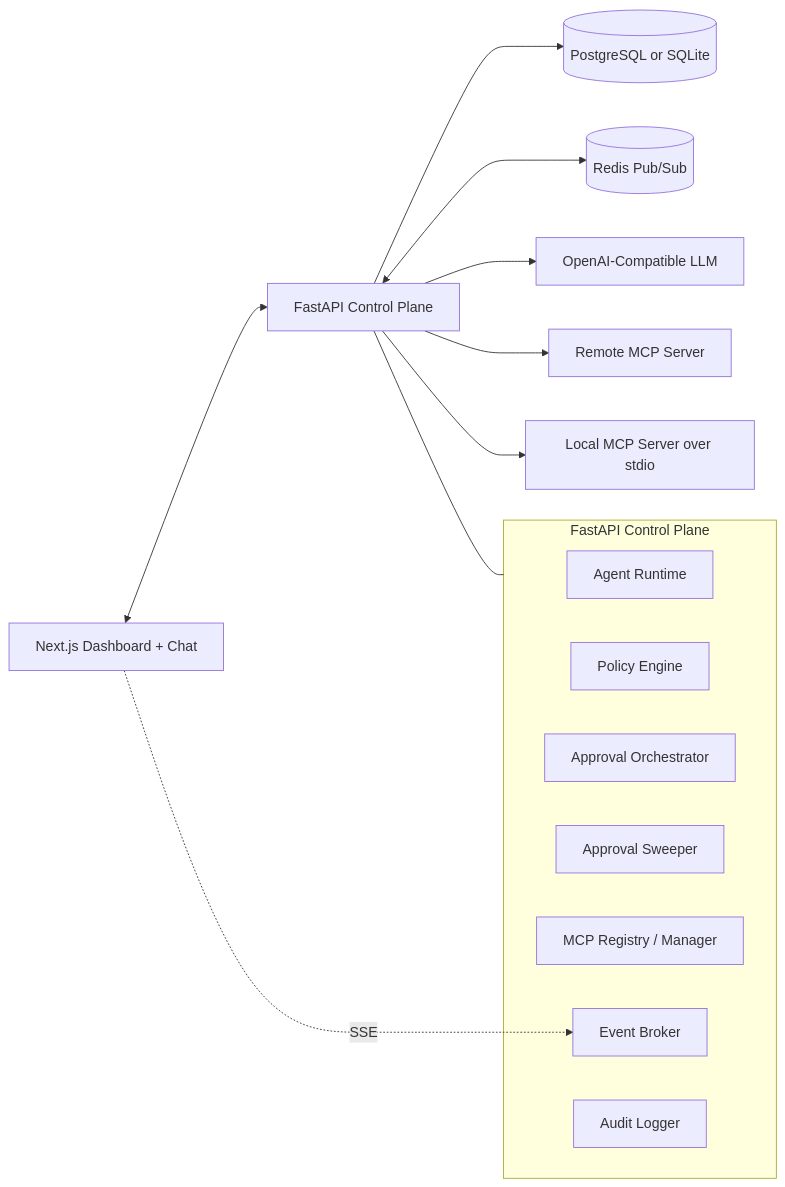
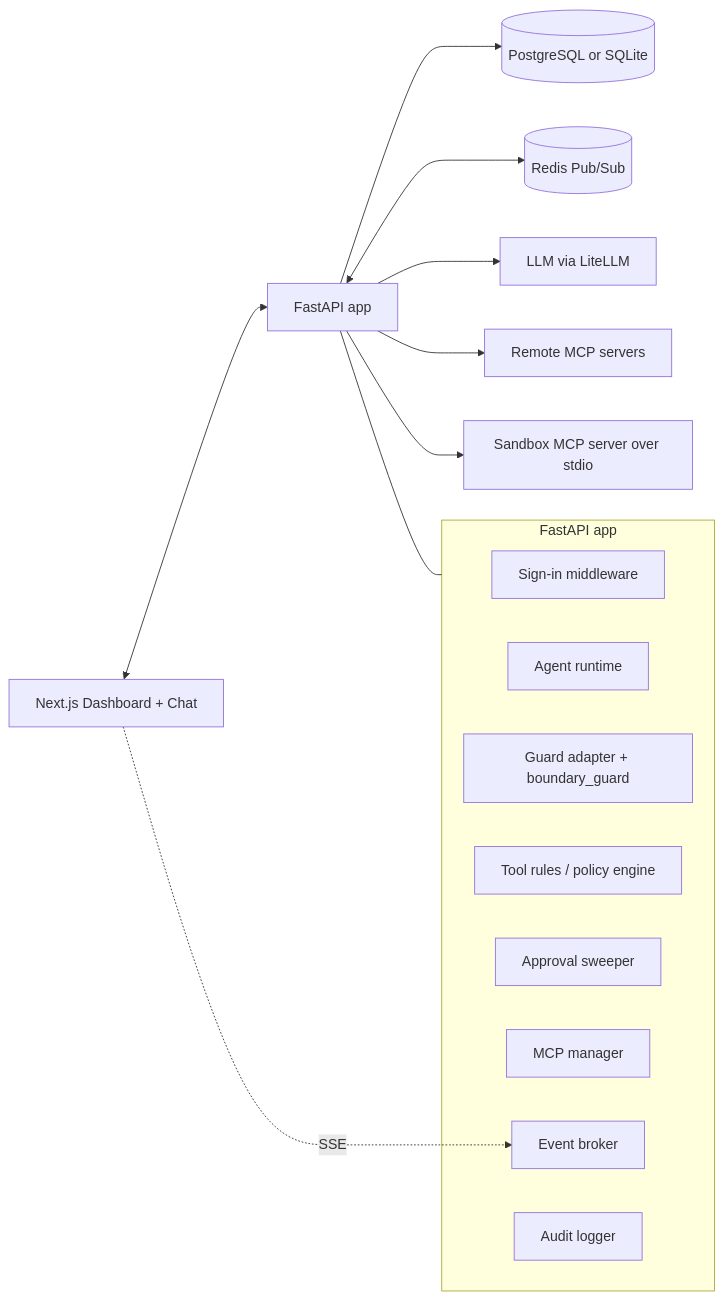
The diagram in docs/AGENT.md (neeldholiya04/boundary_ai), drawn with Mermaid before and after one commit. The commit also changed other lines of this file and 15 other files, not shown here.

````diff
--- a/docs/AGENT.md
+++ b/docs/AGENT.md
@@ -49,23 +59,24 @@
 ```mermaid
 flowchart LR
-    UI[Next.js Dashboard + Chat] <--> API[FastAPI Control Plane]
+    UI[Next.js Dashboard + Chat] <--> API[FastAPI app]
 
     API --> DB[(PostgreSQL or SQLite)]
     API <--> REDIS[(Redis Pub/Sub)]
-    API --> LLM[OpenAI-Compatible LLM]
-    API --> RMCP[Remote MCP Server]
-    API --> LMCP[Local MCP Server over stdio]
+    API --> LLM[LLM via LiteLLM]
+    API --> RMCP[Remote MCP servers]
+    API --> LMCP[Sandbox MCP server over stdio]
 
-    subgraph CTRL[FastAPI Control Plane]
-        AR[Agent Runtime]
-        PE[Policy Engine]
-        AO[Approval Orchestrator]
-        AS[Approval Sweeper]
-        MM[MCP Registry / Manager]
-        EB[Event Broker]
-        AL[Audit Logger]
+    subgraph CTRL[FastAPI app]
+        AUTH[Sign-in middleware]
+        AR[Agent runtime]
+        GA[Guard adapter + boundary_guard]
+        PE[Tool rules / policy engine]
+        AS[Approval sweeper]
+        MM[MCP manager]
+        EB[Event broker]
+        AL[Audit logger]
     end
 
     UI -. SSE .-> EB
     API --- CTRL
 ```
````
